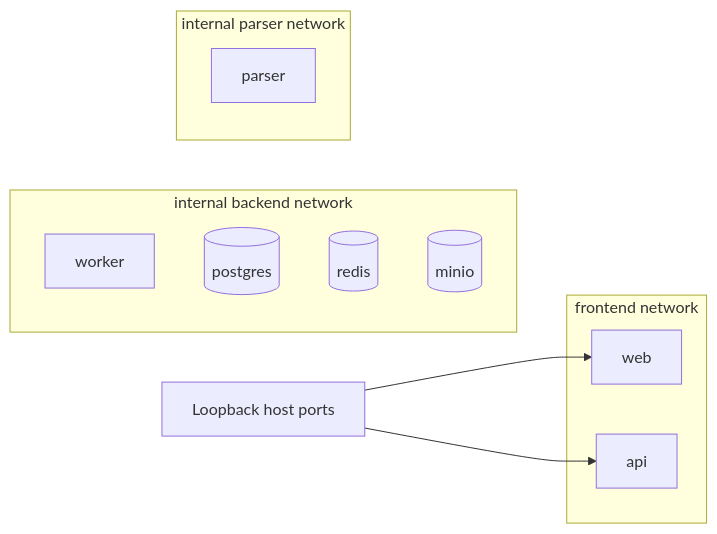
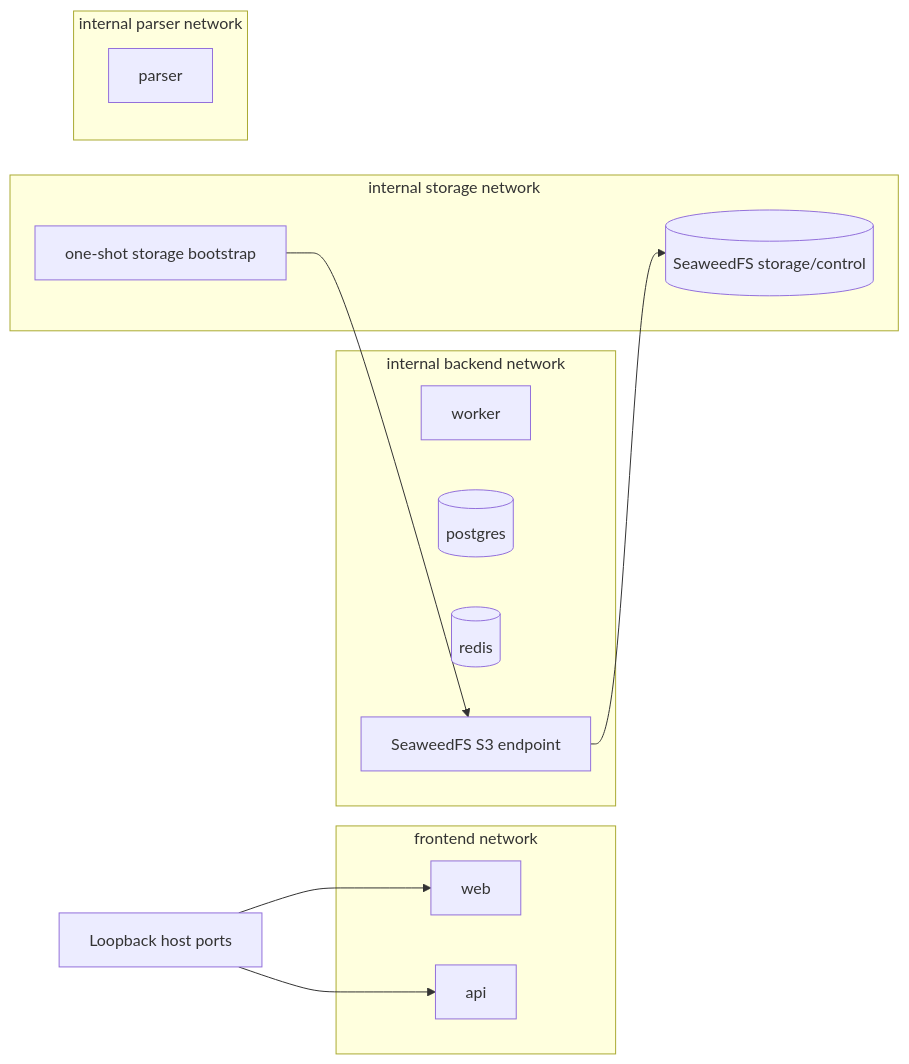
One commit to rnkraus/investment-research changed the second of 3 diagrams in docs/09-m0-implementation-plan.md. Above: the diagram before and after it, drawn with Mermaid. The commit also changed other lines of this file and 7 other files, not shown here.

Commit message:
docs: select SeaweedFS for local object storage

````diff
--- a/docs/09-m0-implementation-plan.md
+++ b/docs/09-m0-implementation-plan.md
@@ -99,23 +100,31 @@
 ```mermaid
 flowchart LR
     HOST[Loopback host ports] --> WEB
     HOST --> API
 
     subgraph FRONT[frontend network]
         WEB[web]
         API[api]
     end
 
     subgraph BACK[internal backend network]
         API
         WORKER[worker]
         PG[(postgres)]
         REDIS[(redis)]
-        MINIO[(minio)]
+        S3[SeaweedFS S3 endpoint]
+    end
+
+    subgraph STORE[internal storage network]
+        S3
+        STORAGE[(SeaweedFS storage/control)]
+        BOOT[one-shot storage bootstrap]
+        BOOT --> S3
+        S3 --> STORAGE
     end
 
     subgraph PARSE[internal parser network]
         WORKER
         PARSER[parser]
     end
 ```
````
